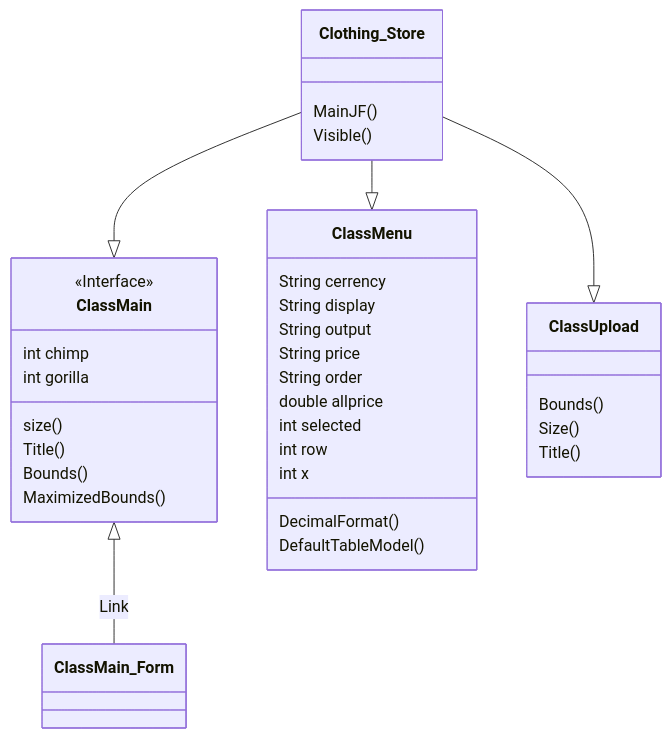
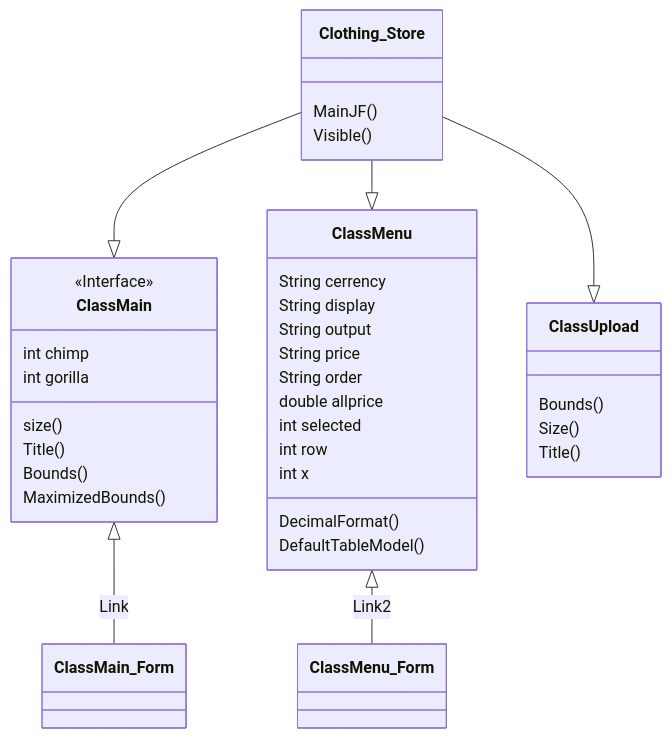
Before and after one commit to kawin101/Java_GUI_CRUD_CSV: the third of 3 diagrams in README.md, drawn with Mermaid.

````diff
--- a/README.md
+++ b/README.md
@@ -33,31 +33,32 @@
 ```mermaid
 classDiagram
 ClassMain <|-- ClassMain_Form : Link
+ClassMenu <|-- ClassMenu_Form : Link2
 <<Interface>> ClassMain
 Clothing_Store --|> ClassMain
 Clothing_Store --|> ClassMenu
 Clothing_Store --|> ClassUpload
 Clothing_Store : MainJF()
 Clothing_Store : Visible()
 ClassMain : size()
 ClassMain : Title()
 ClassMain : Bounds()
 ClassMain : MaximizedBounds()
 ClassMain : int chimp
 ClassMain : int gorilla
 ClassMenu : String cerrency
 ClassMenu : String display
 ClassMenu : String output
 ClassMenu : String price
 ClassMenu : String order
 ClassMenu : DecimalFormat()
 ClassMenu : double allprice
 ClassMenu : int selected
 ClassMenu : int row
 ClassMenu : int x
 ClassMenu : DefaultTableModel()
 ClassUpload : Bounds()
 ClassUpload : Size()
 ClassUpload : Title()
 
 ```
````
